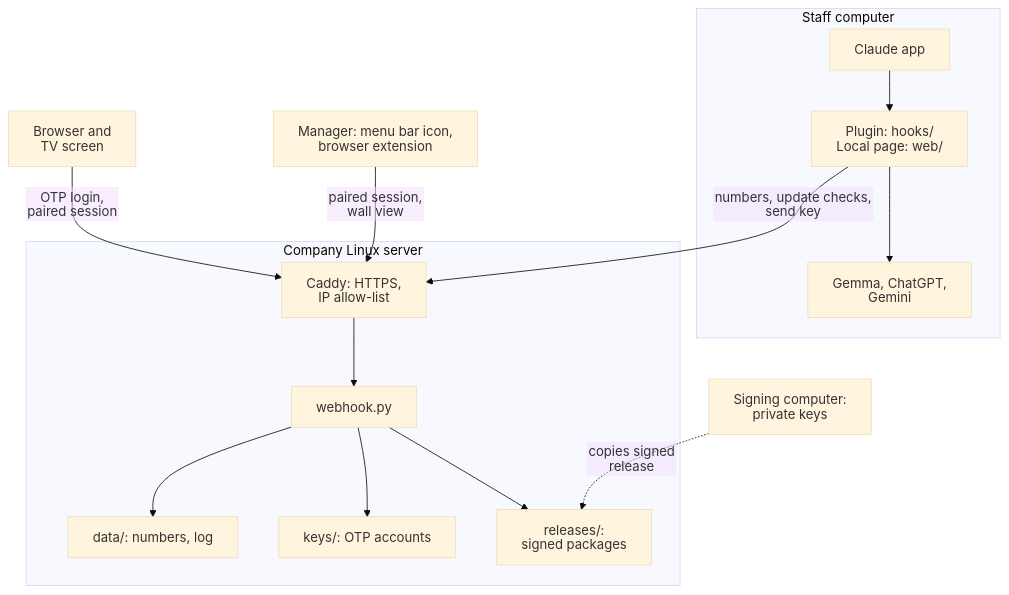
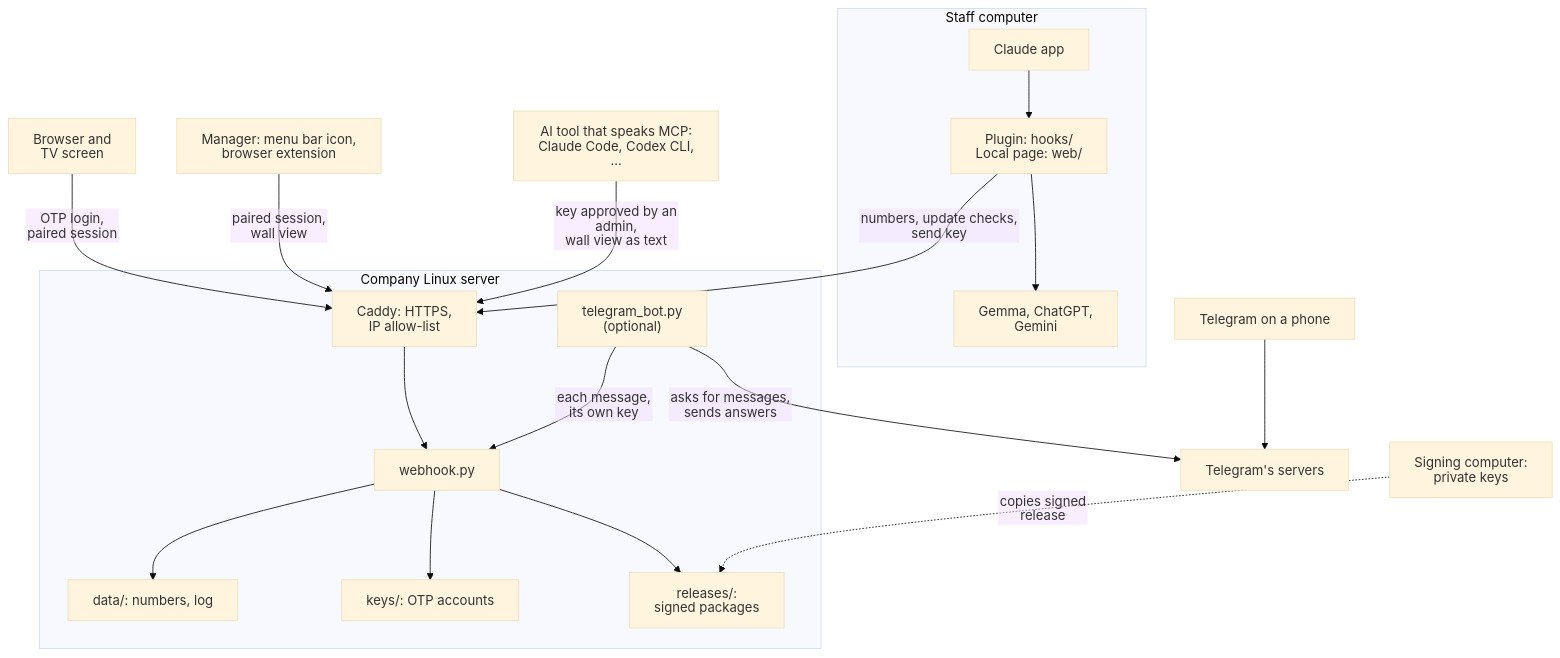
The first of 11 diagrams in docs/ARCHITECTURE.md (anhle9x/ai-worker), drawn with Mermaid (base theme) before and after one commit. The commit also changed other lines of this file and 65 other files, not shown here.

Commit message:
0.33.0: ask the board over MCP or from Telegram; use by week and month

````diff
--- a/docs/ARCHITECTURE.md
+++ b/docs/ARCHITECTURE.md
@@ -74,21 +87,28 @@
 ```mermaid
 %%{init: {"htmlLabels": false, "flowchart": {"htmlLabels": false}}}%%
 flowchart TD
   subgraph PC["Staff computer"]
     App["Claude app"] --> Plugin["Plugin: hooks/<br/>Local page: web/"]
     Plugin --> Helpers["Gemma, ChatGPT,<br/>Gemini"]
   end
   Browser["Browser and<br/>TV screen"]
   Mgr["Manager: menu bar icon,<br/>browser extension"]
+  Tool["AI tool that speaks MCP:<br/>Claude Code, Codex CLI, ..."]
+  Phone["Telegram on a phone"]
+  TG["Telegram's servers"]
   IT["Signing computer:<br/>private keys"]
   subgraph Server["Company Linux server"]
     Proxy["Caddy: HTTPS,<br/>IP allow-list"] --> Hook["webhook.py"]
     Hook --> Data["data/: numbers, log"]
     Hook --> Keys["keys/: OTP accounts"]
     Hook --> Releases["releases/:<br/>signed packages"]
+    Bot["telegram_bot.py<br/>(optional)"] -- "each message,<br/>its own key" --> Hook
   end
   Plugin -- "numbers, update checks,<br/>send key" --> Proxy
   Browser -- "OTP login,<br/>paired session" --> Proxy
   Mgr -- "paired session,<br/>wall view" --> Proxy
+  Tool -- "key approved by an admin,<br/>wall view as text" --> Proxy
+  Phone --> TG
+  Bot -- "asks for messages,<br/>sends answers" --> TG
   IT -. "copies signed<br/>release" .-> Releases
 ```
````
